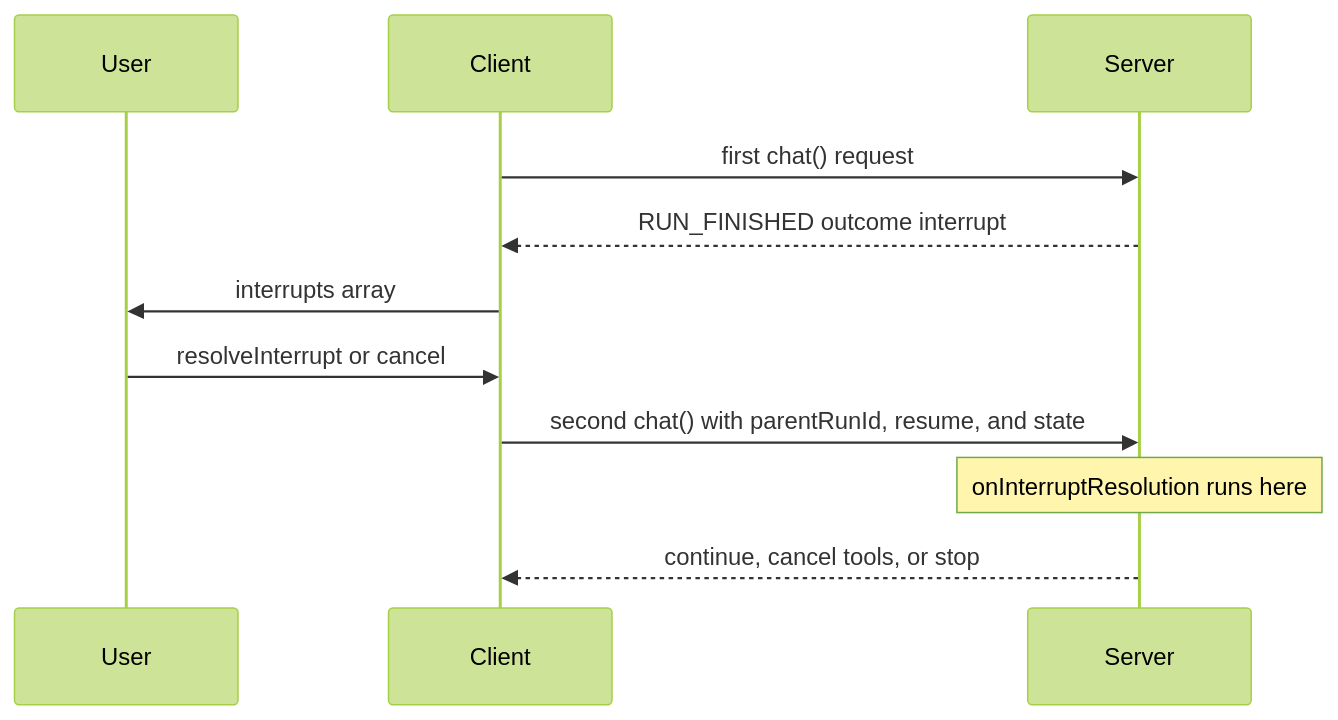
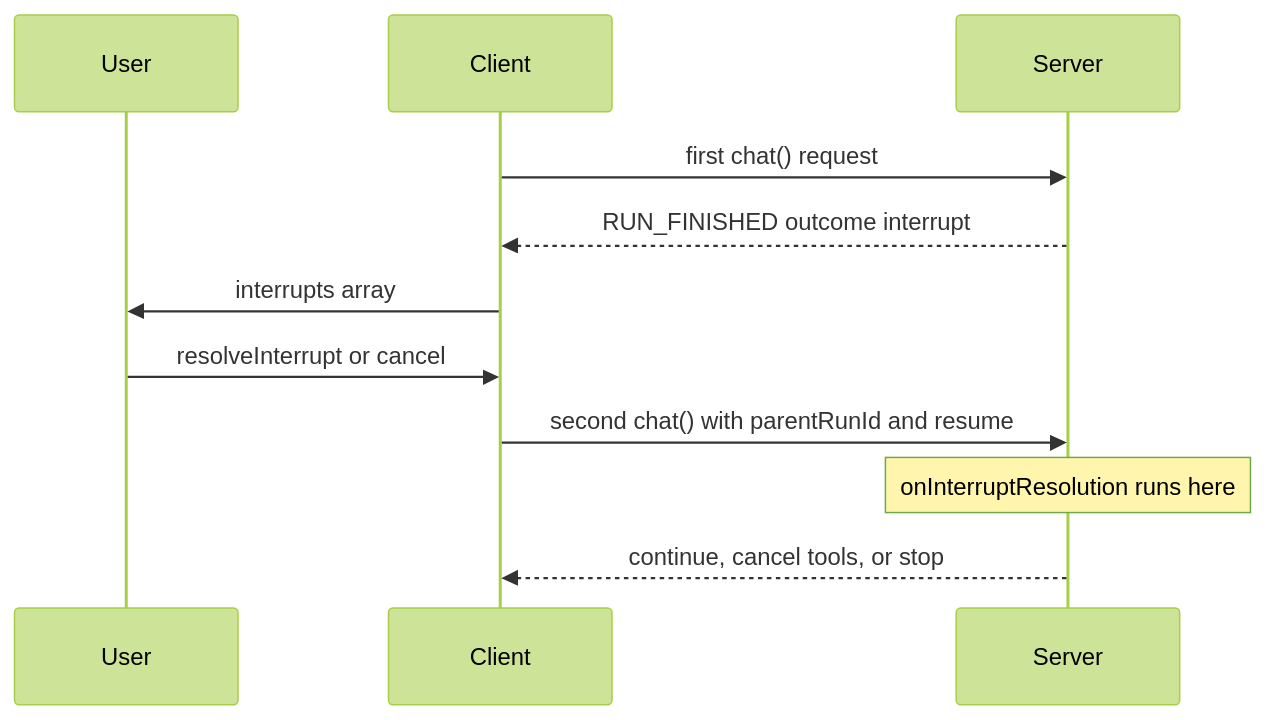
One commit to TanStack/ai changed the diagram in docs/interrupts/apply-answers.md. Above: the diagram before and after it, drawn with Mermaid (forest theme). The commit also changed other lines of this file and 21 other files, not shown here.

````diff
--- a/docs/interrupts/apply-answers.md
+++ b/docs/interrupts/apply-answers.md
@@ -45,14 +65,14 @@
 ```mermaid
 sequenceDiagram
     participant User
     participant Client
     participant Server
 
     Client->>Server: first chat() request
     Server-->>Client: RUN_FINISHED outcome interrupt
     Client->>User: interrupts array
     User->>Client: resolveInterrupt or cancel
-    Client->>Server: second chat() with parentRunId, resume, and state
+    Client->>Server: second chat() with parentRunId and resume
     Note over Server: onInterruptResolution runs here
     Server-->>Client: continue, cancel tools, or stop
 ```
````
